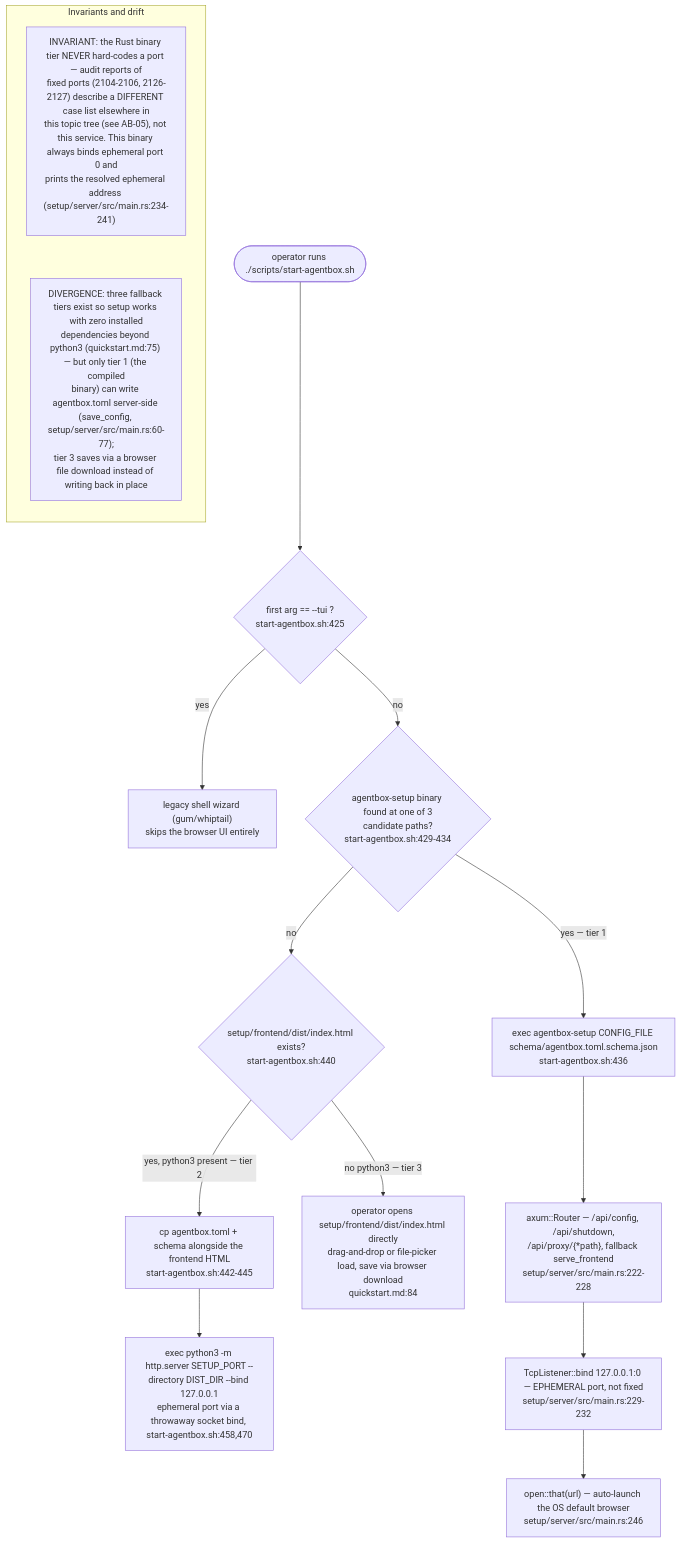
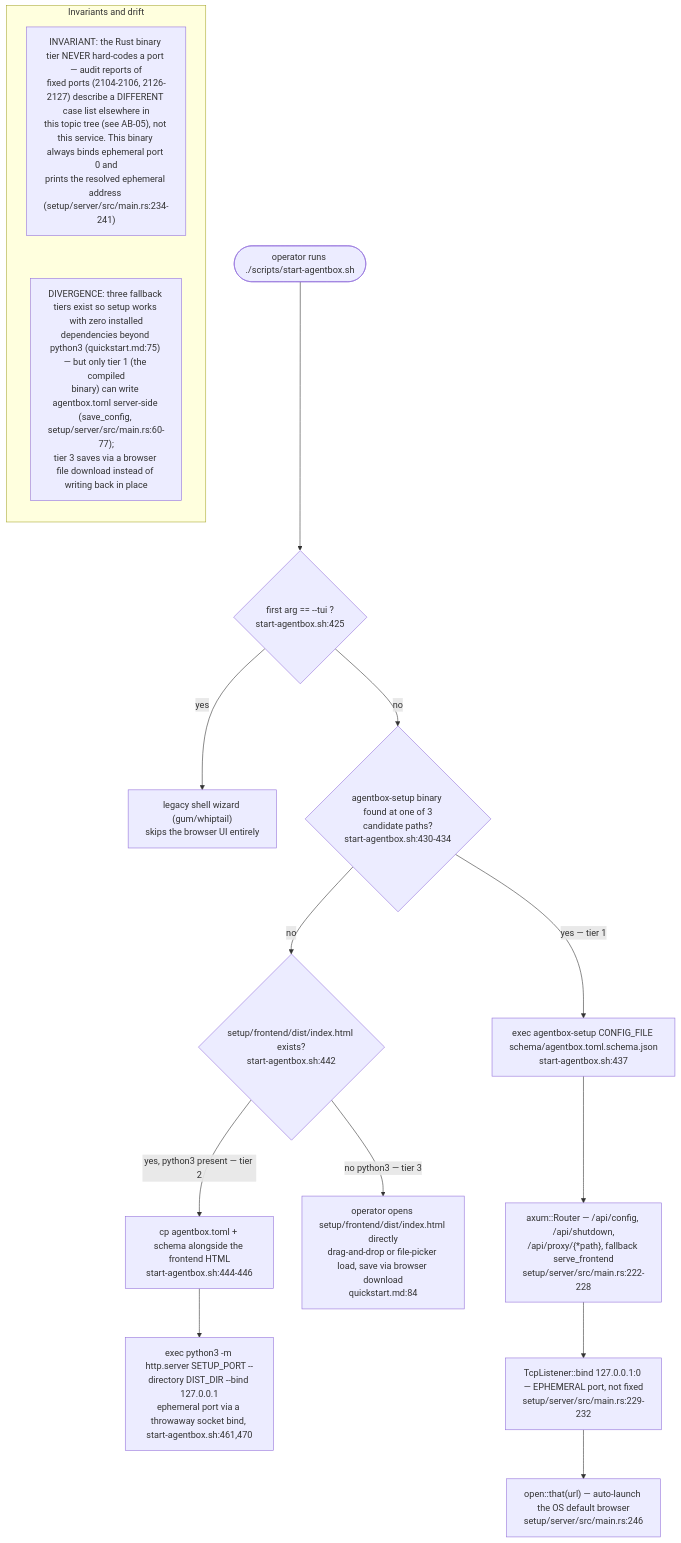
One commit to DreamLab-AI/VisionFlow changed the first of 3 diagrams in docs/diagrams/agentbox/30-supporting-services-secret-backup-setup-https-bridge.md. Above: the diagram before and after it, drawn with Mermaid. The commit also changed other lines of this file and 80 other files, not shown here.

First line of the commit message:
docs(diagrams): re-verify the agentbox, dreamlab, estate and visionflow corpus against current sources

````diff
--- a/docs/diagrams/agentbox/30-supporting-services-secret-backup-setup-https-bridge.md
+++ b/docs/diagrams/agentbox/30-supporting-services-secret-backup-setup-https-bridge.md
@@ -26,20 +26,20 @@
 ```mermaid
 flowchart TD
     START(["operator runs ./scripts/start-agentbox.sh"]) --> TUI{"first arg == --tui ?<br/>start-agentbox.sh:425"}
     TUI -->|yes| LEGACY["legacy shell wizard #40;gum/whiptail#41;<br/>skips the browser UI entirely"]
-    TUI -->|no| BINCHECK{"agentbox-setup binary found at one of 3<br/>candidate paths?<br/>start-agentbox.sh:429-434"}
-    BINCHECK -->|"yes — tier 1"| EXECBIN["exec agentbox-setup CONFIG_FILE schema/agentbox.toml.schema.json<br/>start-agentbox.sh:436"]
-    BINCHECK -->|no| FRONTENDCHECK{"setup/frontend/dist/index.html exists?<br/>start-agentbox.sh:440"}
-    FRONTENDCHECK -->|"yes, python3 present — tier 2"| COPYFILES["cp agentbox.toml + schema alongside the frontend HTML<br/>start-agentbox.sh:442-445"]
-    COPYFILES --> PYSERVE["exec python3 -m http.server SETUP_PORT --directory DIST_DIR --bind 127.0.0.1<br/>ephemeral port via a throwaway socket bind, start-agentbox.sh:458,470"]
+    TUI -->|no| BINCHECK{"agentbox-setup binary found at one of 3<br/>candidate paths?<br/>start-agentbox.sh:430-434"}
+    BINCHECK -->|"yes — tier 1"| EXECBIN["exec agentbox-setup CONFIG_FILE schema/agentbox.toml.schema.json<br/>start-agentbox.sh:437"]
+    BINCHECK -->|no| FRONTENDCHECK{"setup/frontend/dist/index.html exists?<br/>start-agentbox.sh:442"}
+    FRONTENDCHECK -->|"yes, python3 present — tier 2"| COPYFILES["cp agentbox.toml + schema alongside the frontend HTML<br/>start-agentbox.sh:444-446"]
+    COPYFILES --> PYSERVE["exec python3 -m http.server SETUP_PORT --directory DIST_DIR --bind 127.0.0.1<br/>ephemeral port via a throwaway socket bind, start-agentbox.sh:461,470"]
     FRONTENDCHECK -->|"no python3 — tier 3"| MANUAL["operator opens setup/frontend/dist/index.html directly<br/>drag-and-drop or file-picker load, save via browser download<br/>quickstart.md:84"]
     EXECBIN --> AXUM["axum::Router — /api/config, /api/shutdown,<br/>/api/proxy/#123;*path#125;, fallback serve_frontend<br/>setup/server/src/main.rs:222-228"]
     AXUM --> BIND["TcpListener::bind 127.0.0.1:0 — EPHEMERAL port, not fixed<br/>setup/server/src/main.rs:229-232"]
     BIND --> OPEN["open::that#40;url#41; — auto-launch the OS default browser<br/>setup/server/src/main.rs:246"]
     subgraph notes["Invariants and drift"]
         direction TB
         N1["INVARIANT: the Rust binary tier NEVER hard-codes a port — audit reports of<br/>fixed ports #40;2104-2106, 2126-2127#41; describe a DIFFERENT case list elsewhere in<br/>this topic tree #40;see AB-05#41;, not this service. This binary always binds ephemeral port 0 and<br/>prints the resolved ephemeral address #40;setup/server/src/main.rs:234-241#41;"]
         N2["DIVERGENCE: three fallback tiers exist so setup works with zero installed<br/>dependencies beyond python3 #40;quickstart.md:75#41; — but only tier 1 #40;the compiled<br/>binary#41; can write agentbox.toml server-side #40;save_config, setup/server/src/main.rs:60-77#41;;<br/>tier 3 saves via a browser file download instead of writing back in place"]
         N1 ~~~ N2
     end
 ```
````
